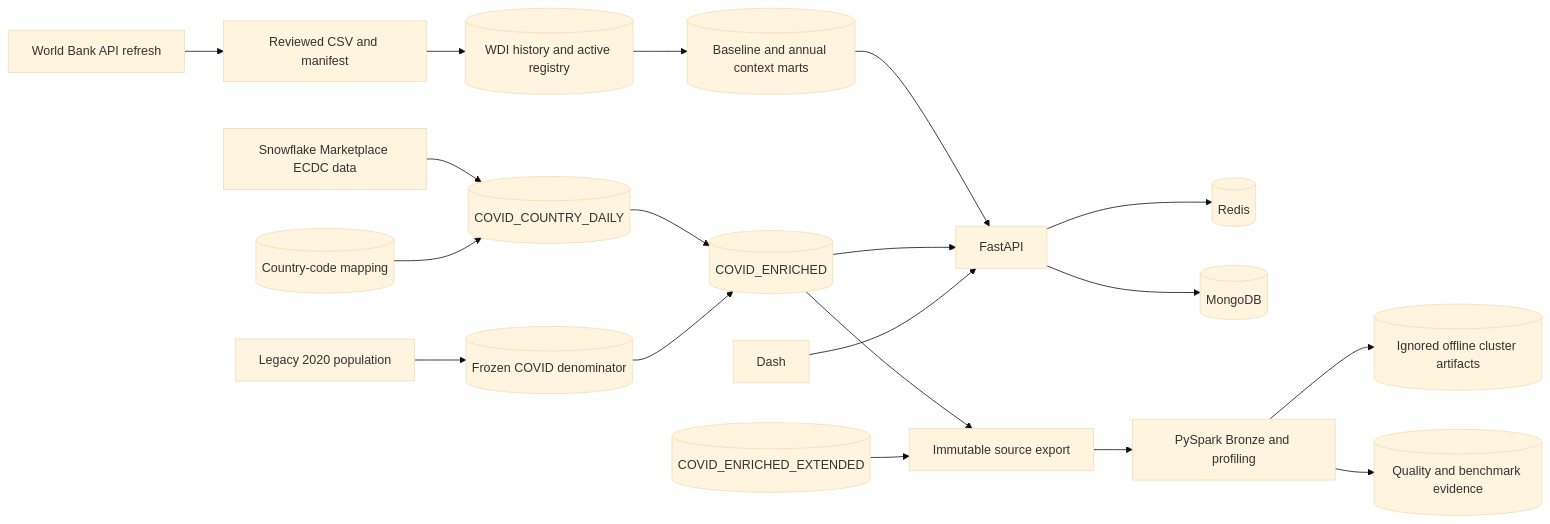
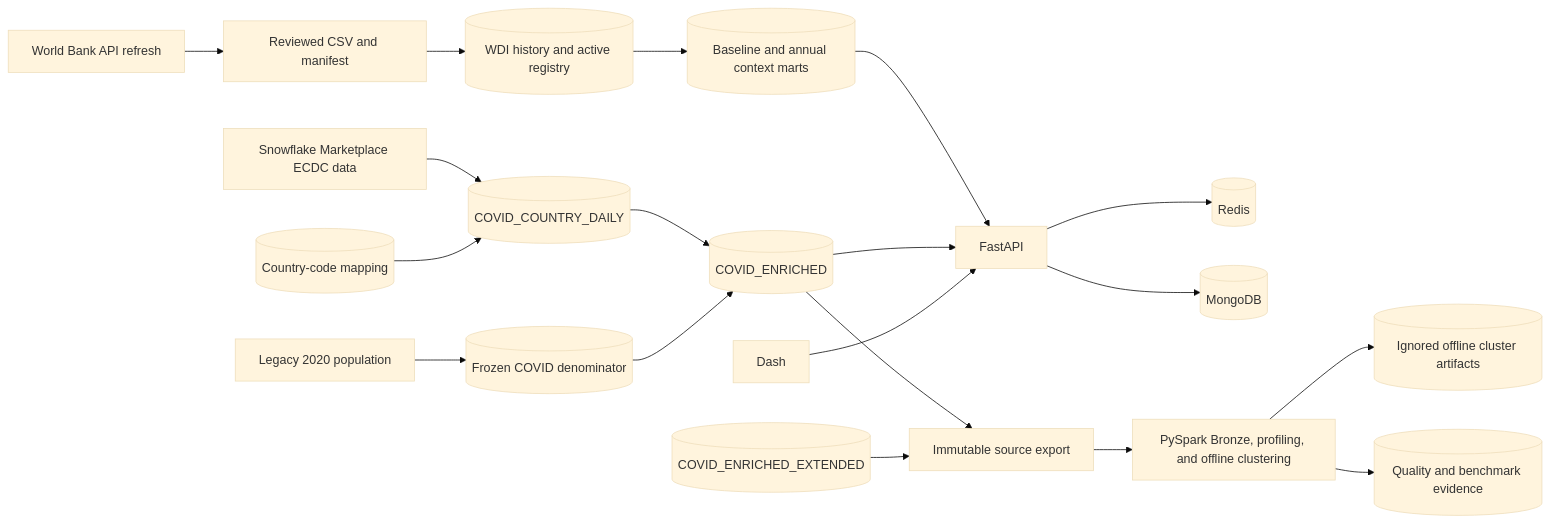
Before and after one commit to synku20777/bootcamp-project: the diagram in README.md, drawn with Mermaid (base theme). The commit also changed other lines of this file and 7 other files, not shown here.

````diff
--- a/README.md
+++ b/README.md
@@ -347,21 +347,21 @@
 ```mermaid
 flowchart LR
     Market[Snowflake Marketplace ECDC data] --> Staging[(COVID_COUNTRY_DAILY)]
     Mapping[(Country-code mapping)] --> Staging
     WB[World Bank API refresh] --> Snapshot[Reviewed CSV and manifest]
     Snapshot --> Registry[(WDI history and active registry)]
     Registry --> Context[(Baseline and annual context marts)]
     Legacy[Legacy 2020 population] --> Denominator[(Frozen COVID denominator)]
     Staging --> Marts[(COVID_ENRICHED)]
     Denominator --> Marts
     Context --> API[FastAPI]
     Marts --> API
     API --> Redis[(Redis)]
     API --> Mongo[(MongoDB)]
     Browser[Dash] --> API
     Marts --> Export[Immutable source export]
     Extended[(COVID_ENRICHED_EXTENDED)] --> Export
-    Export --> Spark[PySpark Bronze and profiling]
+    Export --> Spark[PySpark Bronze, profiling, and offline clustering]
     Spark --> Clusters[(Ignored offline cluster artifacts)]
     Spark --> Evidence[(Quality and benchmark evidence)]
 ```
````
